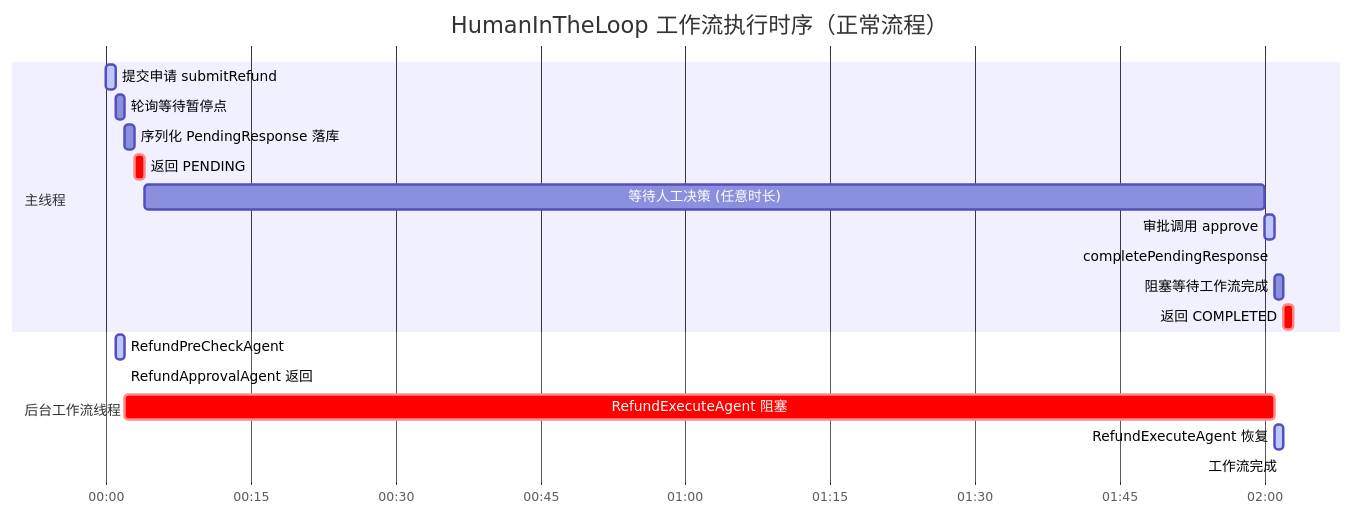
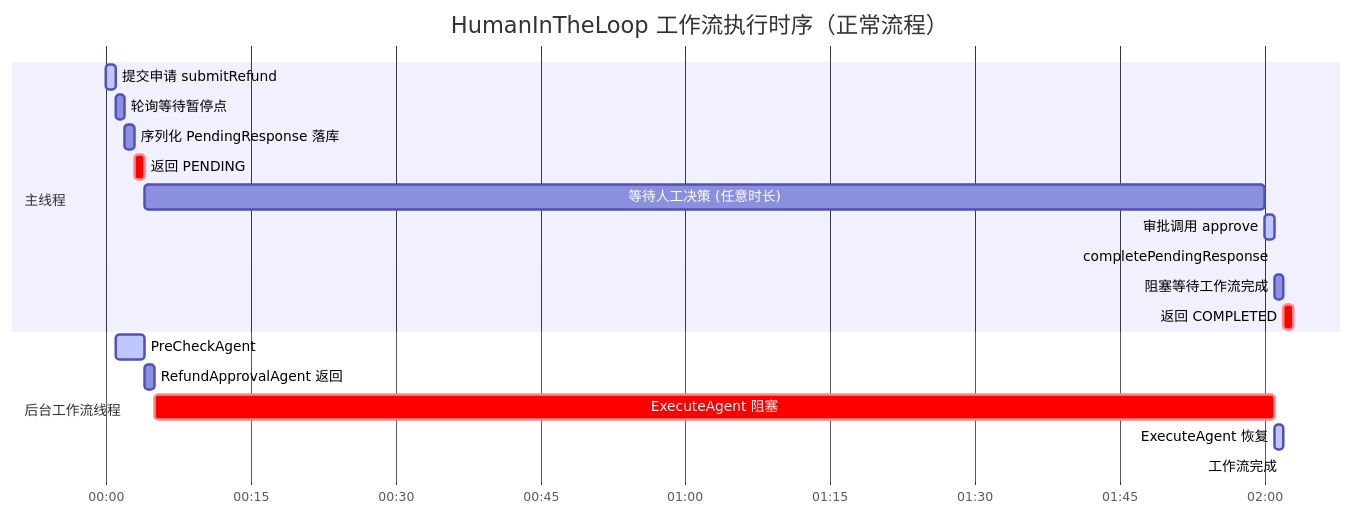
One commit to stickgoal/trainning changed diagram 12 of 13 in ai/langchain4j-agentic/agent-orchestration-tutorial.md. Above: the diagram before and after it, drawn with Mermaid. The commit also changed other lines of this file and 3 other files, not shown here.

First line of the commit message:
refactor: HITL precheck/execute 切回 LLM Agent，删除非 AI 噪音文件

````diff
--- a/ai/langchain4j-agentic/agent-orchestration-tutorial.md
+++ b/ai/langchain4j-agentic/agent-orchestration-tutorial.md
@@ -1211,24 +1218,24 @@
 ```mermaid
 gantt
     title HumanInTheLoop 工作流执行时序（正常流程）
     dateFormat HH:mm:ss
     axisFormat %M:%S
 
     section 主线程
     提交申请 submitRefund       :active, t1, 00:00:00, 00:00:01
     轮询等待暂停点              :t2, 00:00:01, 00:00:02
     序列化 PendingResponse 落库 :t3, 00:00:02, 00:00:03
     返回 PENDING                :crit, t4, 00:00:03, 00:00:04
     等待人工决策 (任意时长)     :t5, 00:00:04, 00:02:00
     审批调用 approve            :active, t6, 00:02:00, 00:02:01
     completePendingResponse     :t7, 00:02:01, 00:02:01
     阻塞等待工作流完成          :t8, 00:02:01, 00:02:02
     返回 COMPLETED              :crit, t9, 00:02:02, 00:02:03
 
     section 后台工作流线程
-    RefundPreCheckAgent         :active, w1, 00:00:01, 00:00:02
-    RefundApprovalAgent 返回    :w2, 00:00:02, 00:00:02
-    RefundExecuteAgent 阻塞     :crit, w3, 00:00:02, 00:02:01
-    RefundExecuteAgent 恢复     :active, w4, 00:02:01, 00:02:02
+    PreCheckAgent               :active, w1, 00:00:01, 00:00:04
+    RefundApprovalAgent 返回    :w2, 00:00:04, 00:00:05
+    ExecuteAgent 阻塞           :crit, w3, 00:00:05, 00:02:01
+    ExecuteAgent 恢复           :active, w4, 00:02:01, 00:02:02
     工作流完成                  :done, w5, 00:02:02, 00:02:02
 ```
````
